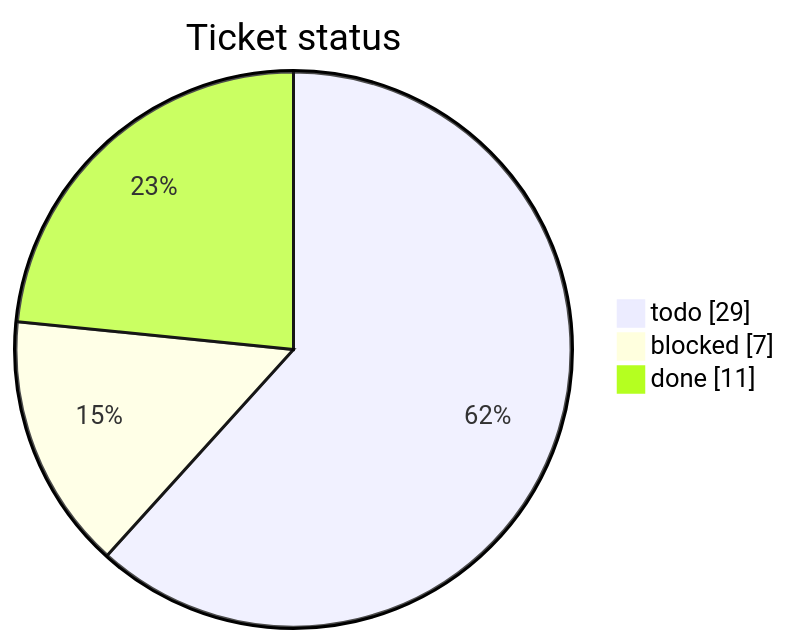
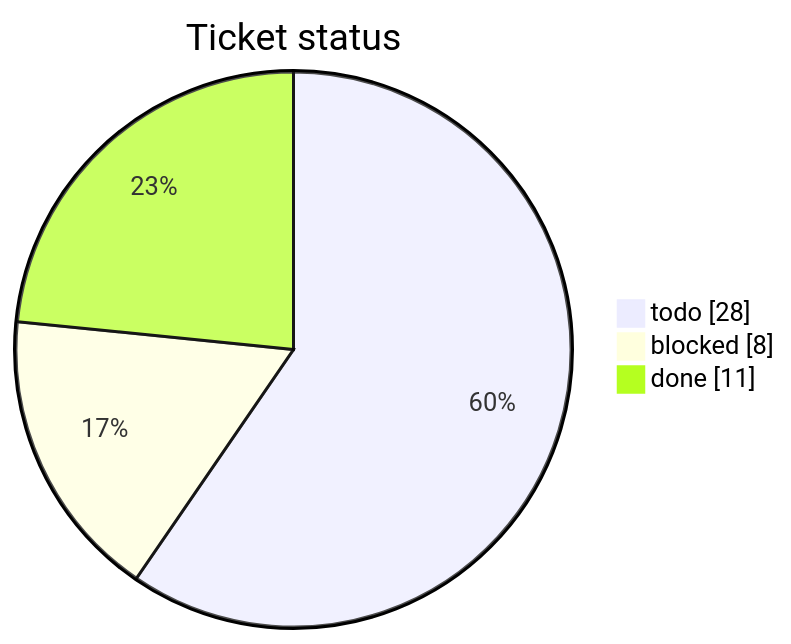
Before and after one commit to mohamed-soubhi/bootlab-esp: the first of 3 diagrams in tickets/TICKETS.md, drawn with Mermaid. The commit also changed other lines of this file and 12 other files, not shown here.

````diff
--- a/tickets/TICKETS.md
+++ b/tickets/TICKETS.md
@@ -10,6 +10,6 @@
 ```mermaid
 pie showData title Ticket status
-    "todo" : 29
-    "blocked" : 7
+    "todo" : 28
+    "blocked" : 8
     "done" : 11
 ```
````
